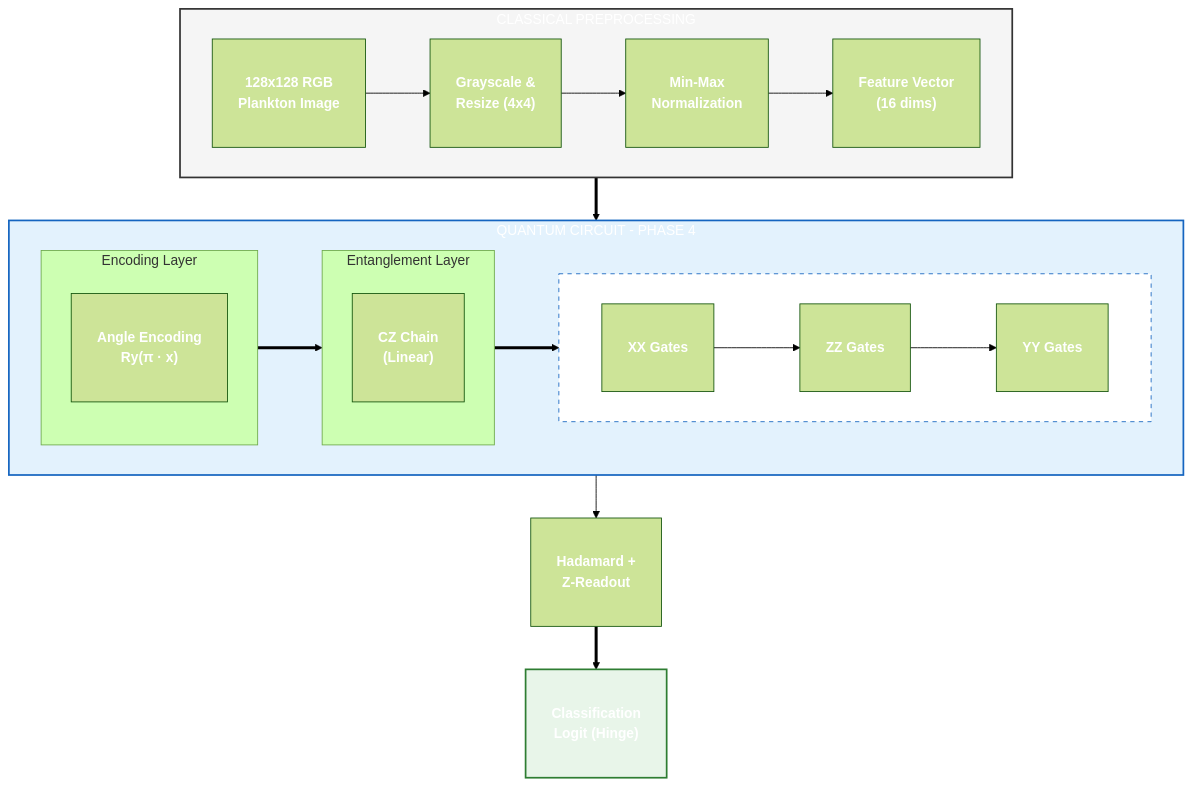
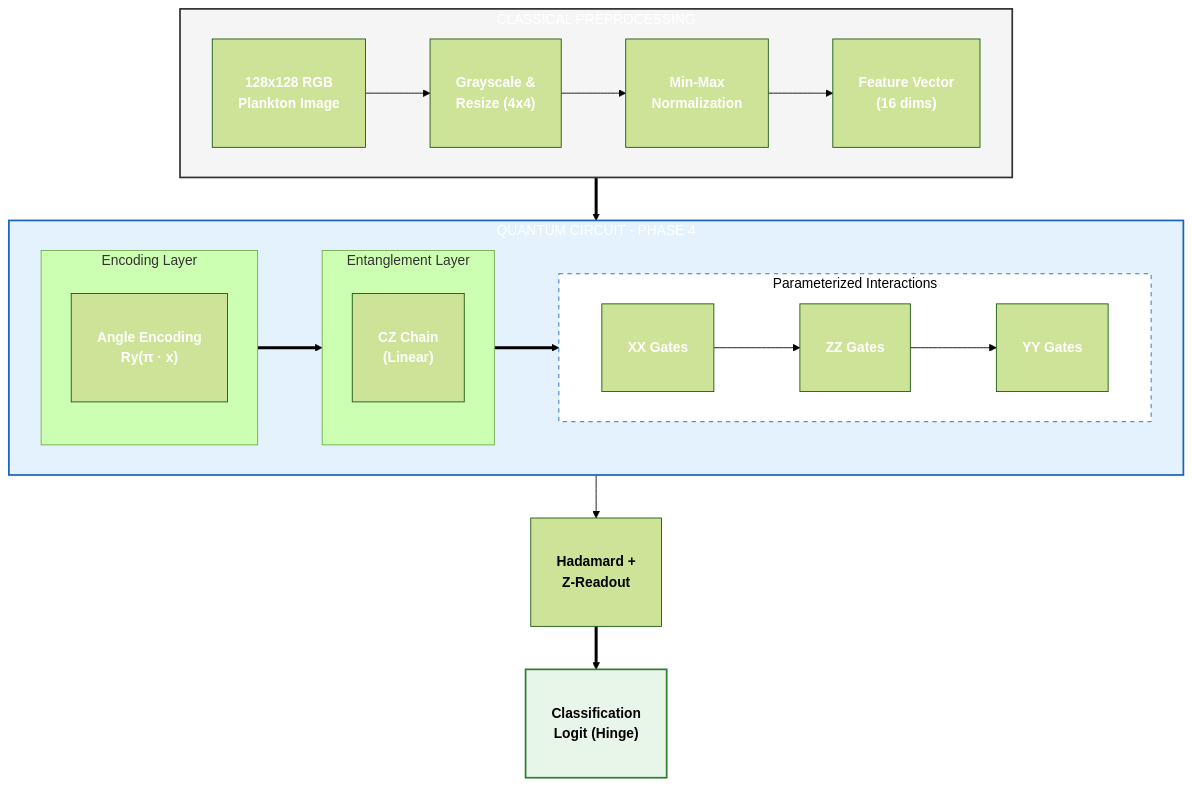
The diagram in phasefour/README.md (juleshenry/quantum-mnist), drawn with Mermaid (forest theme) before and after one commit. The commit also changed 1 other file, not shown here.

````diff
--- a/phasefour/README.md
+++ b/phasefour/README.md
@@ -36,55 +36,55 @@
 ```mermaid
 graph TD
     %% Classical Data Prep
     subgraph Classical_Prep [CLASSICAL PREPROCESSING]
         direction LR
         I["<br/><b>128x128 RGB</b><br/><b>Plankton Image</b><br/><br/>"] --> J["<br/><b>Grayscale &</b><br/><b>Resize (4x4)</b><br/><br/>"]
         J --> K["<br/><b>Min-Max</b><br/><b>Normalization</b><br/><br/>"]
         K --> L["<br/><b>Feature Vector</b><br/><b>(16 dims)</b><br/><br/>"]
     end
 
     %% Quantum Circuit
     subgraph Quantum_Circuit [QUANTUM CIRCUIT - PHASE 4]
         direction LR
         
         subgraph Encoding [Encoding Layer]
             direction TB
             E1["<br/><b>Angle Encoding</b><br/><b>Ry(π · x)</b><br/><br/>"]
         end
 
         subgraph Entanglement [Entanglement Layer]
             direction TB
             F1["<br/><b>CZ Chain</b><br/><b>(Linear)</b><br/><br/>"]
         end
 
         subgraph PQC_Interactions [Parameterized Interactions]
             direction LR
             G1["<br/><b>XX Gates</b><br/><br/>"] --> G2["<br/><b>ZZ Gates</b><br/><br/>"]
             G2 --> G3["<br/><b>YY Gates</b><br/><br/>"]
         end
     end
 
     %% Output
     L ==> Encoding
     Encoding ==> Entanglement
     Entanglement ==> PQC_Interactions
     PQC_Interactions --> M["<br/><b>Hadamard +</b><br/><b>Z-Readout</b><br/><br/>"]
     M ==> N["<br/><b>Classification</b><br/><b>Logit (Hinge)</b><br/><br/>"]
 
     %% Styling
     style Classical_Prep fill:#f5f5f5,stroke:#333,stroke-width:2px,color:#fff
     style Quantum_Circuit fill:#e3f2fd,stroke:#1565c0,stroke-width:2px,color:#fff
-    style PQC_Interactions fill:#fff,stroke:#1565c0,stroke-dasharray: 5 5,color:#fff
-    style N fill:#e8f5e9,stroke:#2e7d32,stroke-width:2px,color:#fff
+    style PQC_Interactions fill:#fff,stroke:#1565c0,stroke-dasharray: 5 5,color:#000
+    style N fill:#e8f5e9,stroke:#2e7d32,stroke-width:2px,color:#000
     
     style I color:#fff
     style J color:#fff
     style K color:#fff
     style L color:#fff
     style E1 color:#fff
     style F1 color:#fff
     style G1 color:#fff
     style G2 color:#fff
     style G3 color:#fff
-    style M color:#fff
+    style M color:#000
 ```
````
